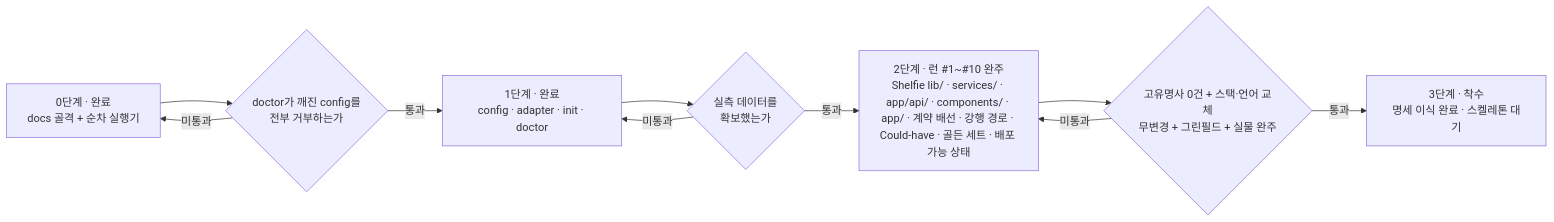
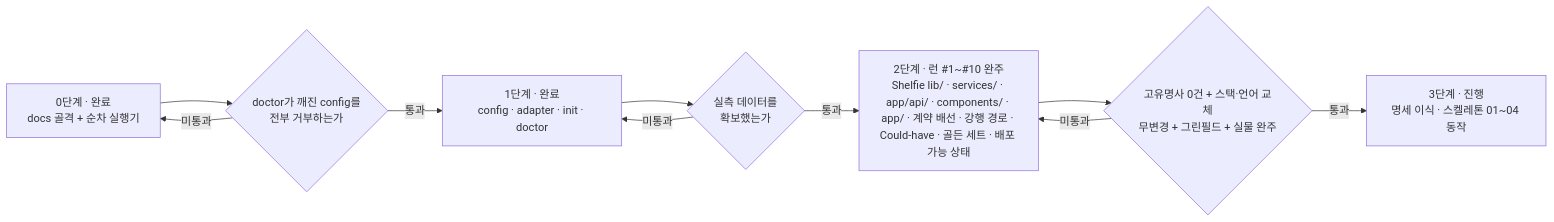
One commit to hyuham1335-stack/banana-island-ops changed the first of 2 diagrams in docs/harness/ROADMAP.md. Above: the diagram before and after it, drawn with Mermaid. The commit also changed other lines of this file and 25 other files, not shown here.

````diff
--- a/docs/harness/ROADMAP.md
+++ b/docs/harness/ROADMAP.md
@@ -55,18 +58,18 @@
 ```mermaid
 flowchart LR
     S0["0단계 · 완료<br/>docs 골격 + 순차 실행기"]
     S1["1단계 · 완료<br/>config · adapter · init · doctor"]
     S2["2단계 · 런 #1~#10 완주<br/>Shelfie lib/ · services/ · app/api/ · components/ · app/ · 계약 배선 · 강행 경로 · Could-have · 골든 세트 · 배포 가능 상태"]
-    S3["3단계 · 착수<br/>명세 이식 완료 · 스켈레톤 대기"]
+    S3["3단계 · 진행<br/>명세 이식 · 스켈레톤 01~04 동작"]
 
     S0 --> G1{"doctor가 깨진 config를<br/>전부 거부하는가"}
     G1 -->|통과| S1
     S1 --> G2{"실측 데이터를<br/>확보했는가"}
     G2 -->|통과| S2
     S2 --> G3{"고유명사 0건 + 스택·언어 교체<br/>무변경 + 그린필드 + 실물 완주"}
     G3 -->|통과| S3
 
     G1 -->|미통과| S0
     G2 -->|미통과| S1
     G3 -->|미통과| S2
 ```
````
